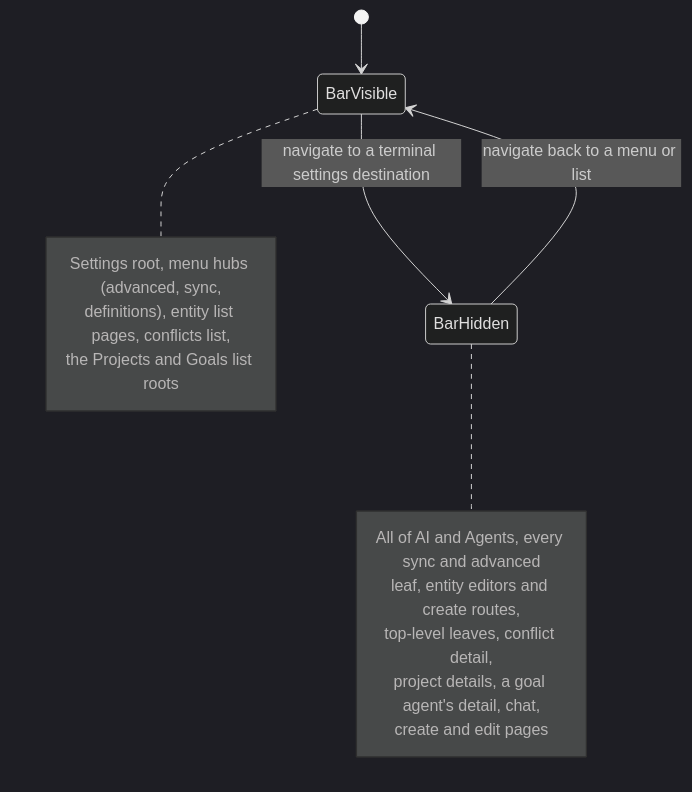
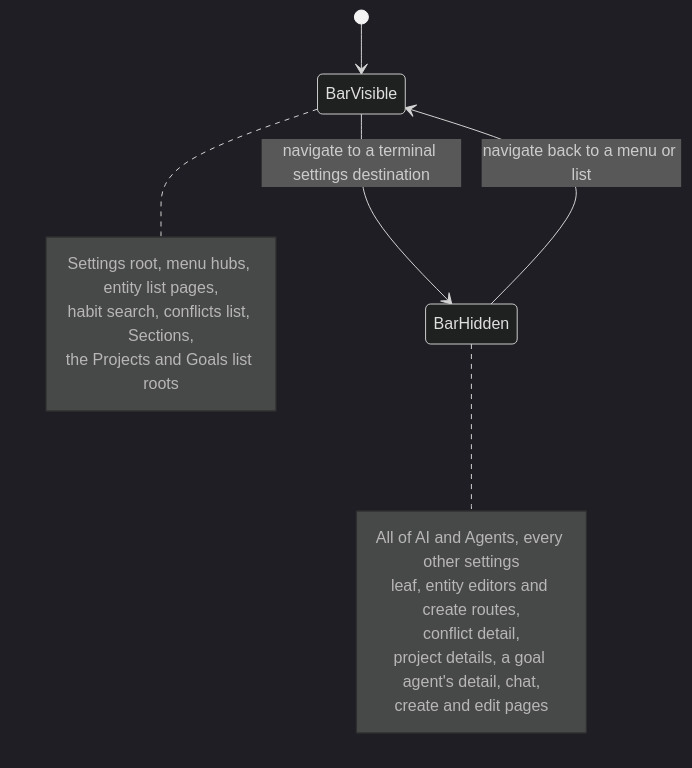
Before and after one commit to matthiasn/lotti: the fourth of 6 diagrams in knowledge/architecture/navigation.md, drawn with Mermaid (dark theme). The commit also changed other lines of this file and 16 other files, not shown here.

````diff
--- a/knowledge/architecture/navigation.md
+++ b/knowledge/architecture/navigation.md
@@ -518,18 +476,18 @@
 ```mermaid
 stateDiagram-v2
     [*] --> BarVisible
     BarVisible --> BarHidden: navigate to a terminal settings destination
     BarHidden --> BarVisible: navigate back to a menu or list
     note right of BarVisible
-      Settings root, menu hubs (advanced, sync,
-      definitions), entity list pages, conflicts list,
+      Settings root, menu hubs, entity list pages,
+      habit search, conflicts list, Sections,
       the Projects and Goals list roots
     end note
     note right of BarHidden
-      All of AI and Agents, every sync and advanced
+      All of AI and Agents, every other settings
       leaf, entity editors and create routes,
-      top-level leaves, conflict detail,
+      conflict detail,
       project details, a goal agent's detail, chat,
       create and edit pages
     end note
 ```
````
